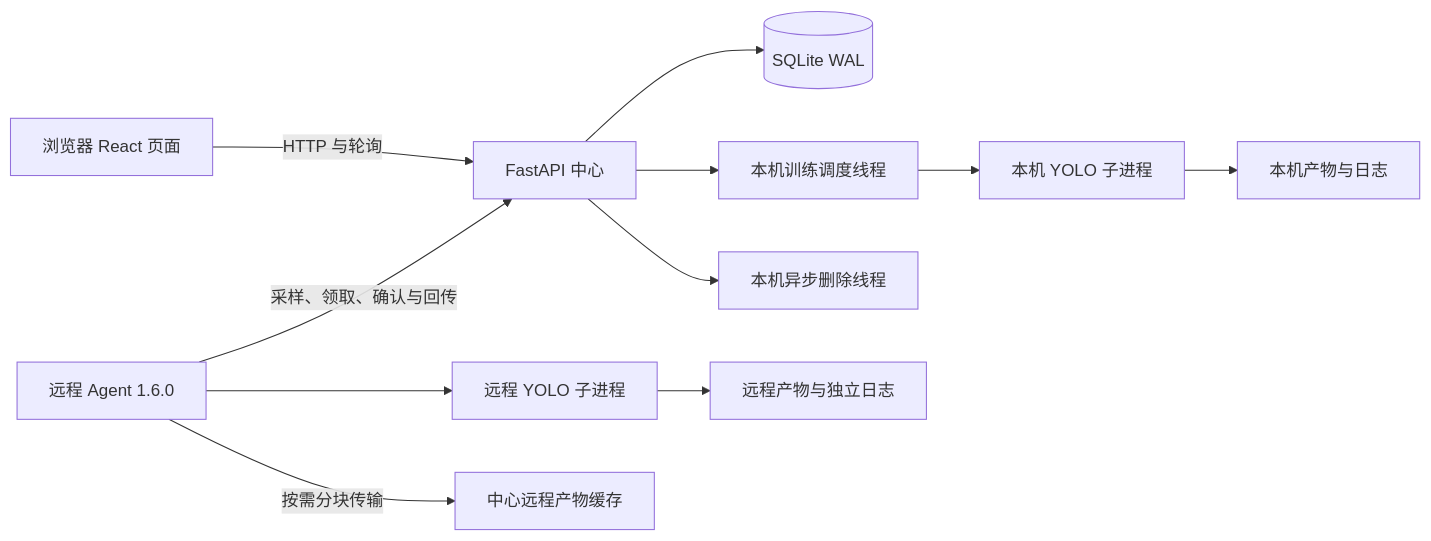
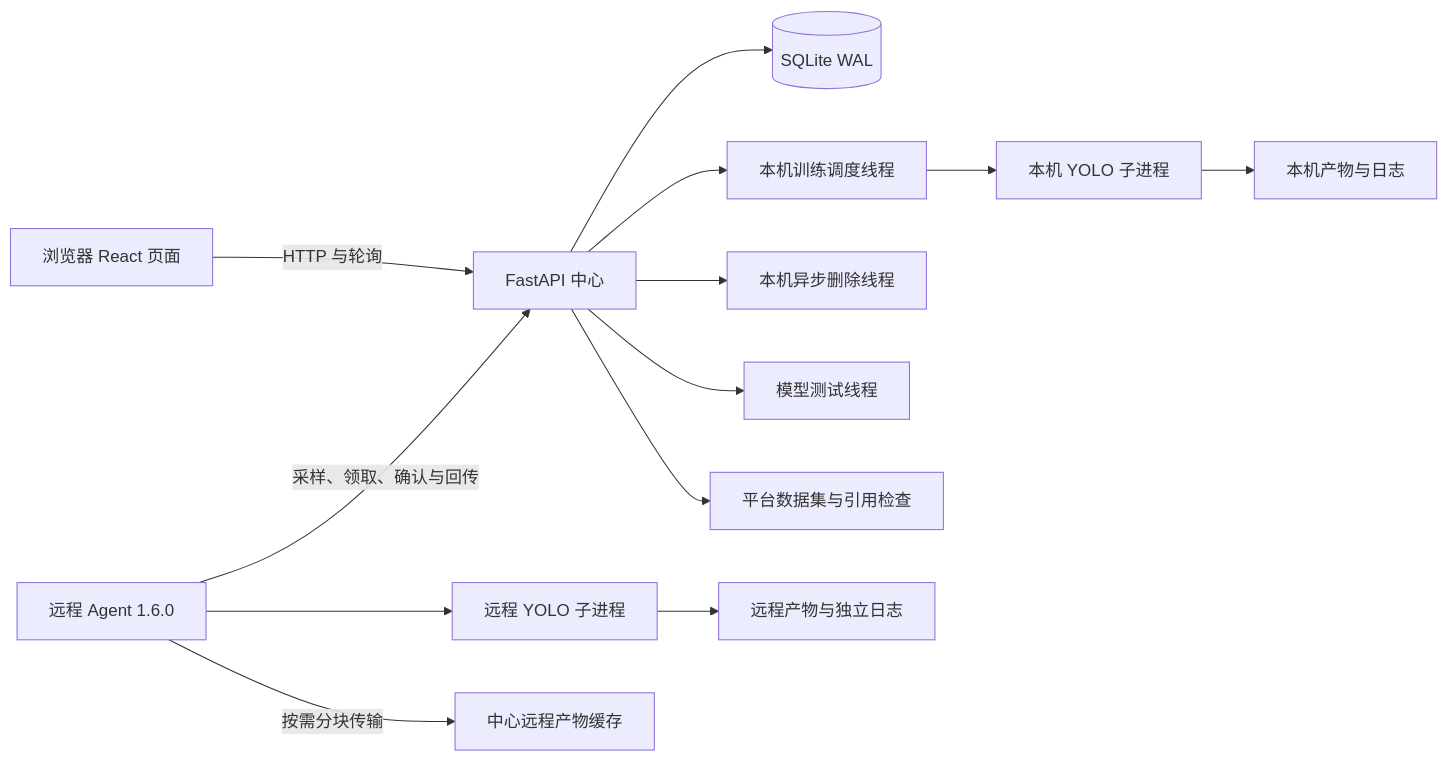
The diagram in docs/project-analysis.md (scsg666g/yolo-xlpt), drawn with Mermaid before and after one commit. The commit also changed other lines of this file and 25 other files, not shown here.

````diff
--- a/docs/project-analysis.md
+++ b/docs/project-analysis.md
@@ -26,13 +24,15 @@
 ```mermaid
 flowchart LR
     UI[浏览器 React 页面] -->|HTTP 与轮询| API[FastAPI 中心]
     API --> DB[(SQLite WAL)]
     API --> S[本机训练调度线程]
     S --> CLI[本机 YOLO 子进程]
     CLI --> FS[本机产物与日志]
     API --> D[本机异步删除线程]
+    API --> I[模型测试线程]
+    API --> DS[平台数据集与引用检查]
     AG[远程 Agent 1.6.0] -->|采样、领取、确认与回传| API
     AG --> RC[远程 YOLO 子进程]
     RC --> RF[远程产物与独立日志]
     AG -->|按需分块传输| CACHE[中心远程产物缓存]
 ```
````
